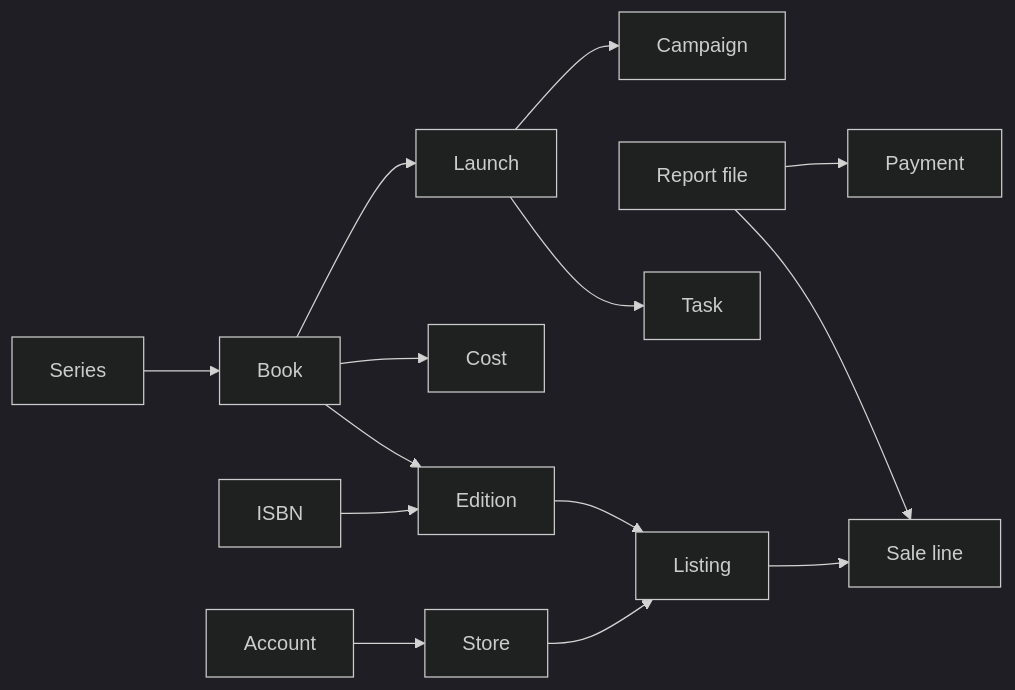
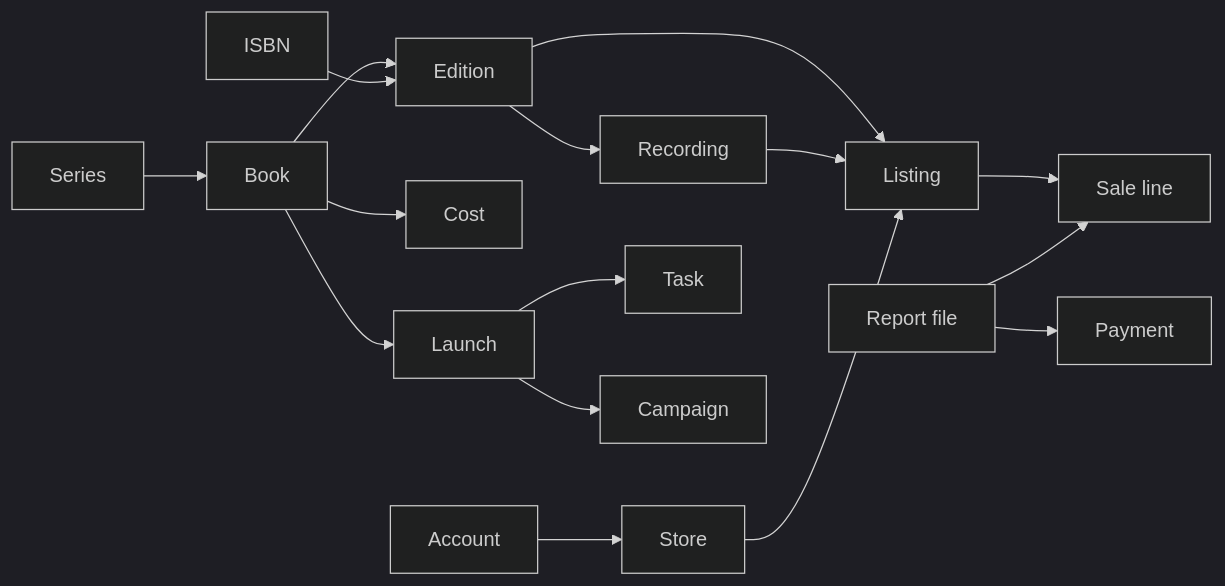
Before and after one commit to neogentrics/rt-author-desk: the diagram in docs/design/data-model.md, drawn with Mermaid (dark theme). The commit also changed other lines of this file and 7 other files, not shown here.

````diff
--- a/docs/design/data-model.md
+++ b/docs/design/data-model.md
@@ -14,16 +14,18 @@
 ```mermaid
 flowchart LR
   Series --> Book
   Book --> Edition
   Edition --> Listing
+  Edition --> Recording
+  Recording --> Listing
   ISBN --> Edition
   Store --> Listing
   Listing --> Sale[Sale line]
   Report[Report file] --> Sale
   Report --> Payment
   Book --> Cost
   Book --> Launch
   Launch --> Task
   Launch --> Campaign
   Account --> Store
 ```
````
